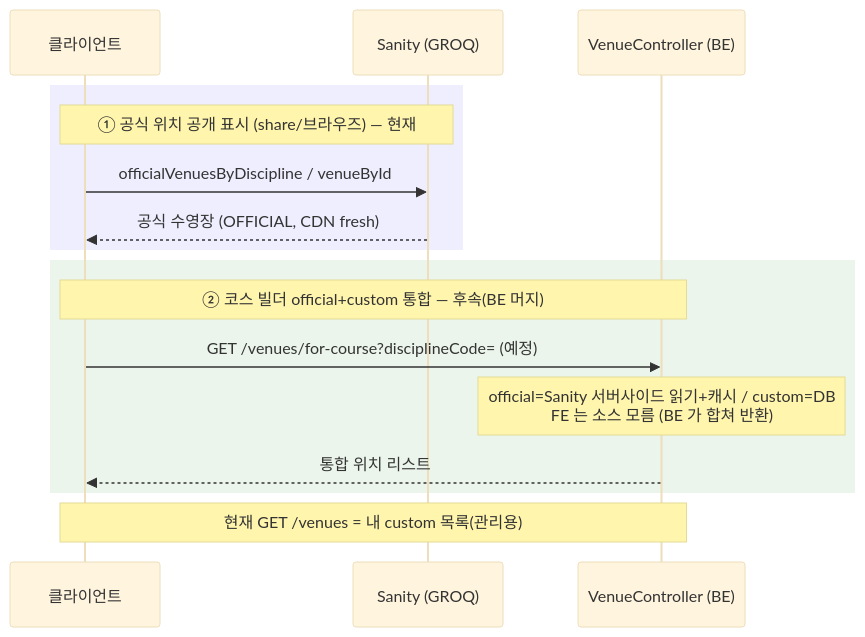
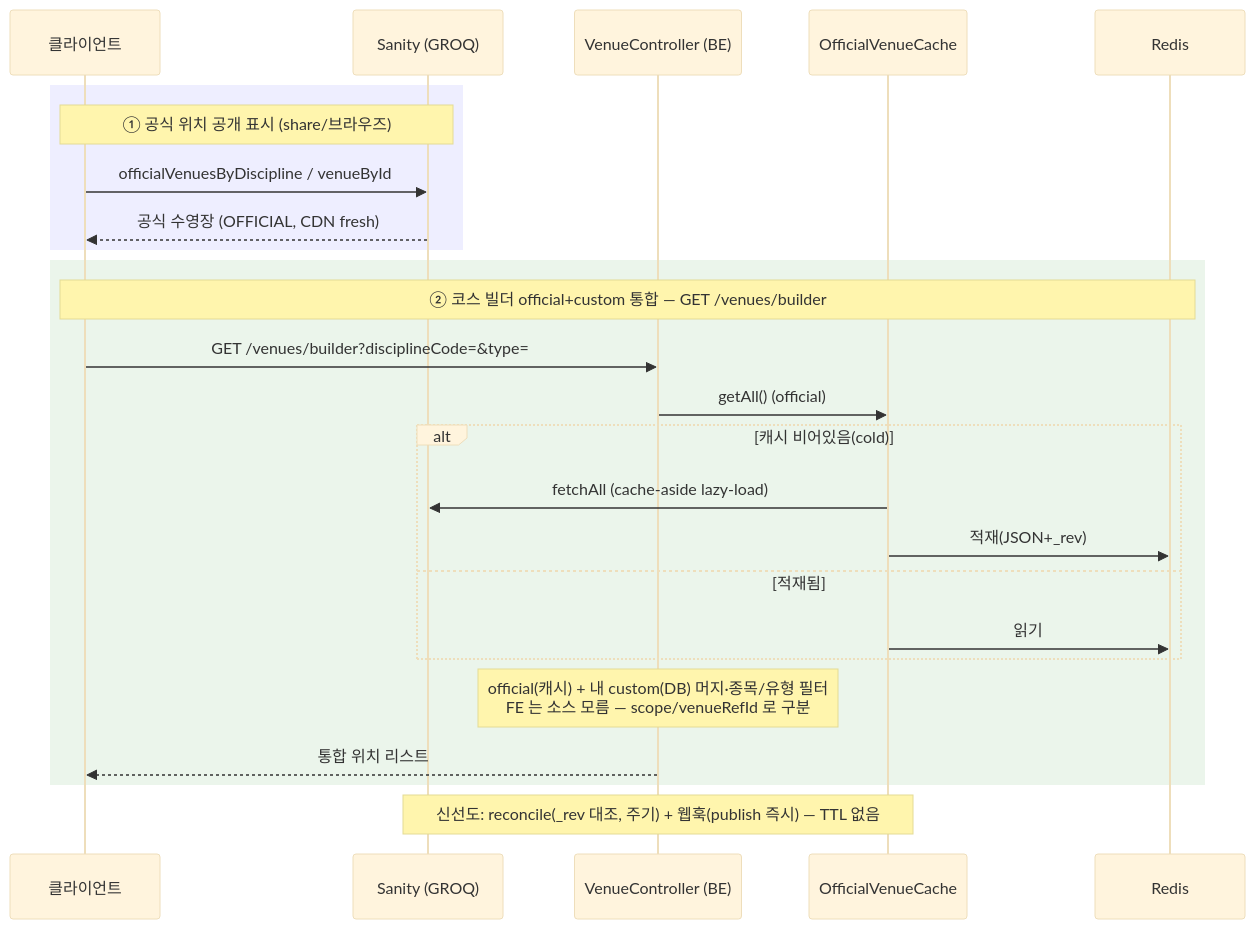
The third of 4 diagrams in docs/architecture/venue.md (pungdong/Pungdong-Backend), drawn with Mermaid (base theme) before and after one commit. The commit also changed other lines of this file and 3 other files, not shown here.

First line of the commit message:
Docs: venue 빌더 머지 + Sanity 동기화 인프라 문서/계약 반영

````diff
--- a/docs/architecture/venue.md
+++ b/docs/architecture/venue.md
@@ -64,19 +83,28 @@
 ```mermaid
 sequenceDiagram
   participant FE as 클라이언트
   participant SAN as Sanity (GROQ)
   participant VC as VenueController (BE)
+  participant OVC as OfficialVenueCache
+  participant RD as Redis
 
   rect rgb(238,238,255)
-    Note over FE,SAN: ① 공식 위치 공개 표시 (share/브라우즈) — 현재
+    Note over FE,SAN: ① 공식 위치 공개 표시 (share/브라우즈)
     FE->>SAN: officialVenuesByDiscipline / venueById
     SAN-->>FE: 공식 수영장 (OFFICIAL, CDN fresh)
   end
   rect rgb(235,245,235)
-    Note over FE,VC: ② 코스 빌더 official+custom 통합 — 후속(BE 머지)
-    FE->>VC: GET /venues/for-course?disciplineCode= (예정)
-    Note over VC: official=Sanity 서버사이드 읽기+캐시 / custom=DB<br/>FE 는 소스 모름 (BE 가 합쳐 반환)
+    Note over FE,RD: ② 코스 빌더 official+custom 통합 — GET /venues/builder
+    FE->>VC: GET /venues/builder?disciplineCode=&type=
+    VC->>OVC: getAll() (official)
+    alt 캐시 비어있음(cold)
+      OVC->>SAN: fetchAll (cache-aside lazy-load)
+      OVC->>RD: 적재(JSON+_rev)
+    else 적재됨
+      OVC->>RD: 읽기
+    end
+    Note over VC: official(캐시) + 내 custom(DB) 머지·종목/유형 필터<br/>FE 는 소스 모름 — scope/venueRefId 로 구분
     VC-->>FE: 통합 위치 리스트
   end
-  Note over FE,VC: 현재 GET /venues = 내 custom 목록(관리용)
+  Note over OVC,SAN: 신선도: reconcile(_rev 대조, 주기) + 웹훅(publish 즉시) — TTL 없음
 ```
````
